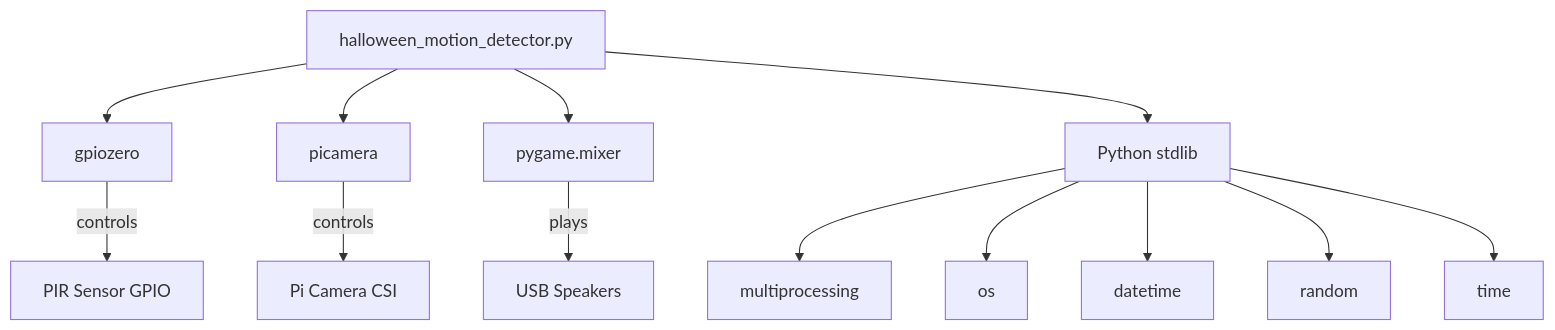
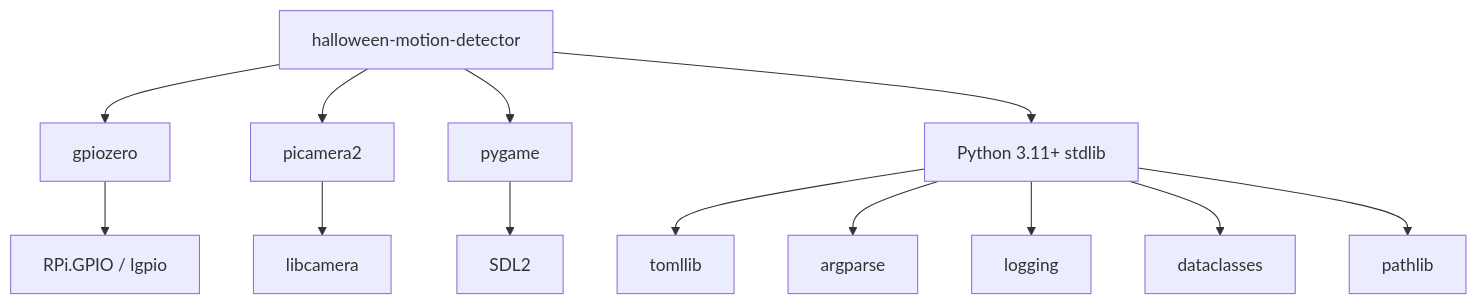
Before and after one commit to frankenwino/halloween-motion-detector: the diagram in .agents/summary/dependencies.md, drawn with Mermaid. The commit also changed other lines of this file and 9 other files, not shown here.

````diff
--- a/.agents/summary/dependencies.md
+++ b/.agents/summary/dependencies.md
@@ -46,18 +51,17 @@
 ```mermaid
 graph TD
-    APP[halloween_motion_detector.py]
-    APP --> GPIOZERO[gpiozero]
-    APP --> PICAMERA[picamera]
-    APP --> PYGAME[pygame.mixer]
-    APP --> STDLIB[Python stdlib]
+    APP[halloween-motion-detector] --> GZ[gpiozero]
+    APP --> PC[picamera2]
+    APP --> PG[pygame]
+    APP --> STD[Python 3.11+ stdlib]
 
-    GPIOZERO --> |controls| PIR[PIR Sensor GPIO]
-    PICAMERA --> |controls| CAM[Pi Camera CSI]
-    PYGAME --> |plays| AUDIO[USB Speakers]
+    STD --> TL[tomllib]
+    STD --> AP[argparse]
+    STD --> LG[logging]
+    STD --> DC[dataclasses]
+    STD --> PL[pathlib]
 
-    STDLIB --> MP[multiprocessing]
-    STDLIB --> OS[os]
-    STDLIB --> DT[datetime]
-    STDLIB --> RND[random]
-    STDLIB --> TM[time]
+    GZ --> PI[RPi.GPIO / lgpio]
+    PC --> LC[libcamera]
+    PG --> SDL[SDL2]
 ```
````
